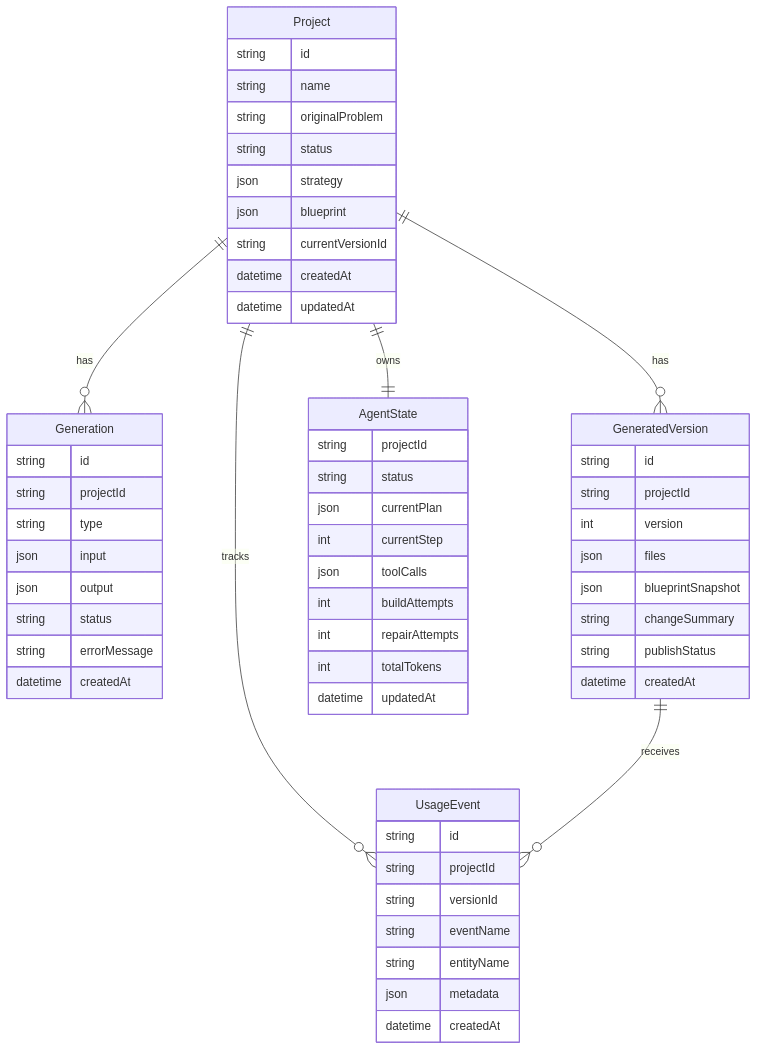
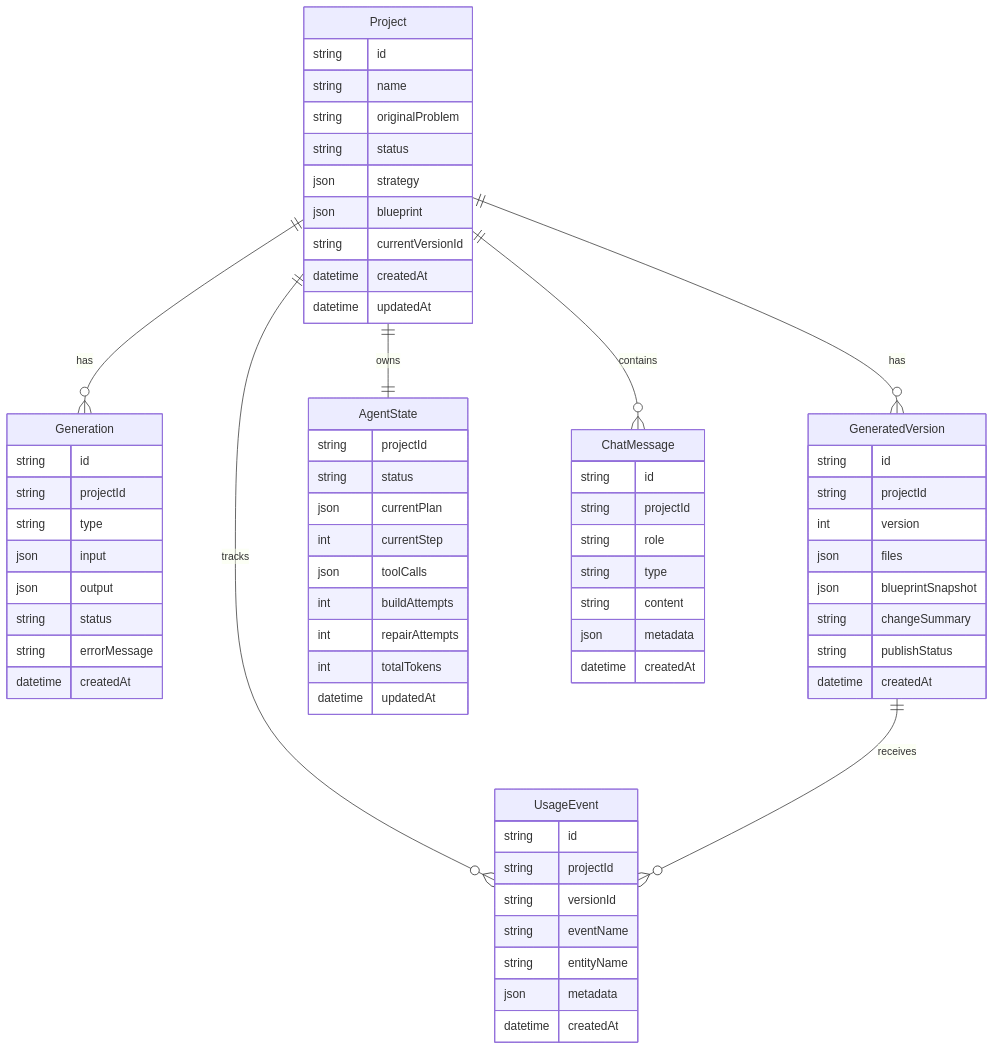
The second of 3 diagrams in docs/technical-architecture.md (avatarxy/venture-flow), drawn with Mermaid before and after one commit. The commit also changed other lines of this file and 23 other files, not shown here.

First line of the commit message:
feat: refactor to conversational ai builder architecture

````diff
--- a/docs/technical-architecture.md
+++ b/docs/technical-architecture.md
@@ -270,64 +409,75 @@
 ```mermaid
 erDiagram
   Project ||--o{ Generation : has
   Project ||--o{ GeneratedVersion : has
   Project ||--o{ UsageEvent : tracks
   Project ||--|| AgentState : owns
+  Project ||--o{ ChatMessage : contains
   GeneratedVersion ||--o{ UsageEvent : receives
 
   Project {
     string id
     string name
     string originalProblem
     string status
     json strategy
     json blueprint
     string currentVersionId
     datetime createdAt
     datetime updatedAt
   }
 
   Generation {
     string id
     string projectId
     string type
     json input
     json output
     string status
     string errorMessage
     datetime createdAt
   }
 
   GeneratedVersion {
     string id
     string projectId
     int version
     json files
     json blueprintSnapshot
     string changeSummary
     string publishStatus
     datetime createdAt
   }
 
   AgentState {
     string projectId
     string status
     json currentPlan
     int currentStep
     json toolCalls
     int buildAttempts
     int repairAttempts
     int totalTokens
     datetime updatedAt
   }
 
+  ChatMessage {
+    string id
+    string projectId
+    string role
+    string type
+    string content
+    json metadata
+    datetime createdAt
+  }
+
   UsageEvent {
     string id
     string projectId
     string versionId
     string eventName
     string entityName
     json metadata
     datetime createdAt
   }
 ```
````
